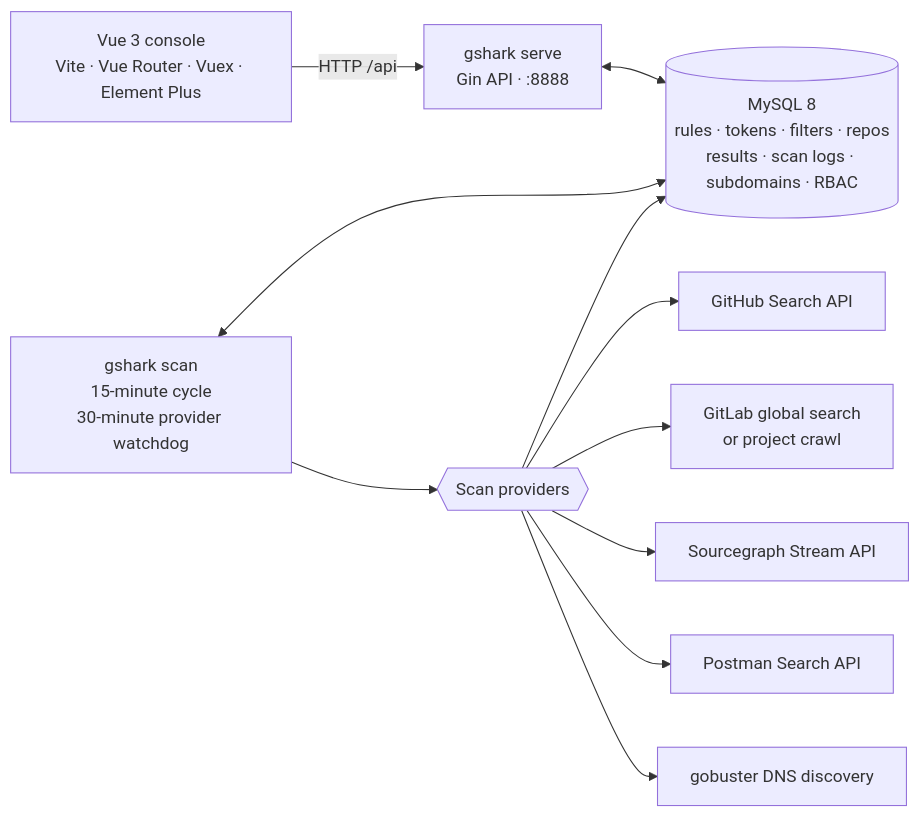
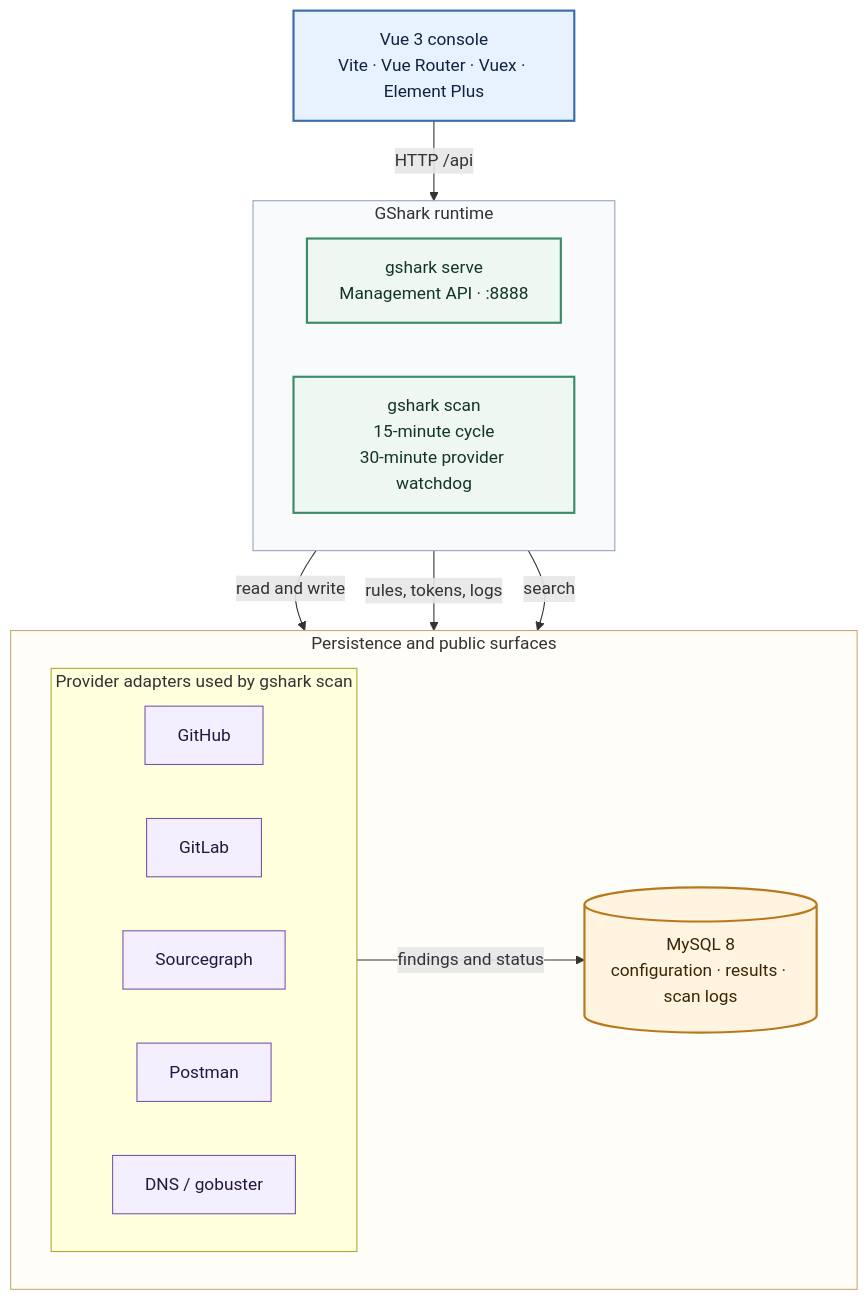
One commit to madneal/gshark changed the diagram in README.md. Above: the diagram before and after it, drawn with Mermaid. The commit also changed 1 other file, not shown here.

Commit message:
docs: clarify architecture diagram layout

````diff
--- a/README.md
+++ b/README.md
@@ -31,24 +31,41 @@
 ```mermaid
-flowchart LR
+flowchart TB
     console["Vue 3 console<br/>Vite · Vue Router · Vuex · Element Plus"]
-    serve["gshark serve<br/>Gin API · :8888"]
-    scan["gshark scan<br/>15-minute cycle<br/>30-minute provider watchdog"]
-    db[("MySQL 8<br/>rules · tokens · filters · repos<br/>results · scan logs · subdomains · RBAC")]
-    providers{{"Scan providers"}}
-    github["GitHub Search API"]
-    gitlab["GitLab global search<br/>or project crawl"]
-    sourcegraph["Sourcegraph Stream API"]
-    postman["Postman Search API"]
-    dns["gobuster DNS discovery"]
+
+    subgraph runtime["GShark runtime"]
+        direction LR
+        serve["gshark serve<br/>Management API · :8888"]
+        scan["gshark scan<br/>15-minute cycle<br/>30-minute provider watchdog"]
+    end
+
+    subgraph lower["Persistence and public surfaces"]
+        direction LR
+        subgraph providers["Provider adapters used by gshark scan"]
+            direction LR
+            github["GitHub"]
+            gitlab["GitLab"]
+            sourcegraph["Sourcegraph"]
+            postman["Postman"]
+            dns["DNS / gobuster"]
+        end
+        db[("MySQL 8<br/>configuration · results · scan logs")]
+    end
 
     console -->|HTTP /api| serve
-    serve <--> db
-    scan <--> db
-    scan --> providers
-    providers --> github
-    providers --> gitlab
-    providers --> sourcegraph
-    providers --> postman
-    providers --> dns
-    providers --> db
+    serve -->|read and write| db
+    scan -->|rules, tokens, logs| db
+    scan -->|search| providers
+    providers -->|findings and status| db
+
+    classDef ui fill:#e8f1ff,stroke:#3b6ea8,color:#10233f,stroke-width:2px
+    classDef runtimeNode fill:#eef7f2,stroke:#3d8b68,color:#123526,stroke-width:2px
+    classDef data fill:#fff4df,stroke:#b8791d,color:#3b2508,stroke-width:2px
+    classDef provider fill:#f4efff,stroke:#7655a8,color:#26163f
+
+    class console ui
+    class serve,scan runtimeNode
+    class db data
+    class github,gitlab,sourcegraph,postman,dns provider
+    style runtime fill:#f8fafc,stroke:#94a3b8,stroke-width:1px
+    style lower fill:#fffdf8,stroke:#c8a96b,stroke-width:1px
 ```
````
